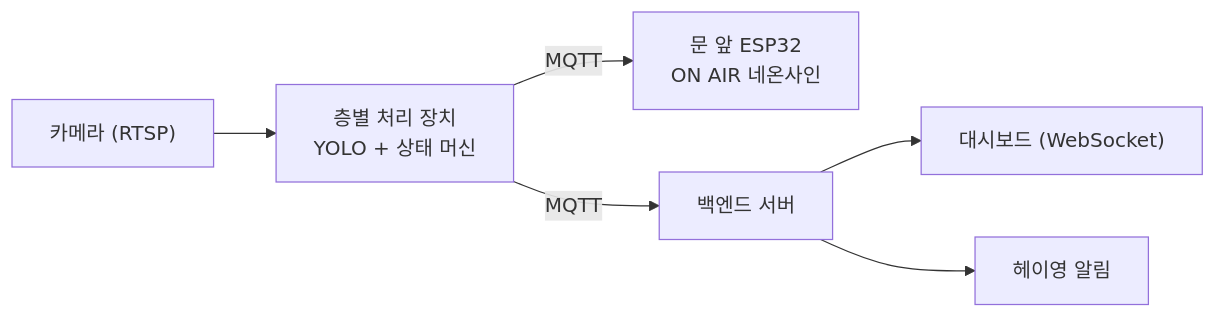
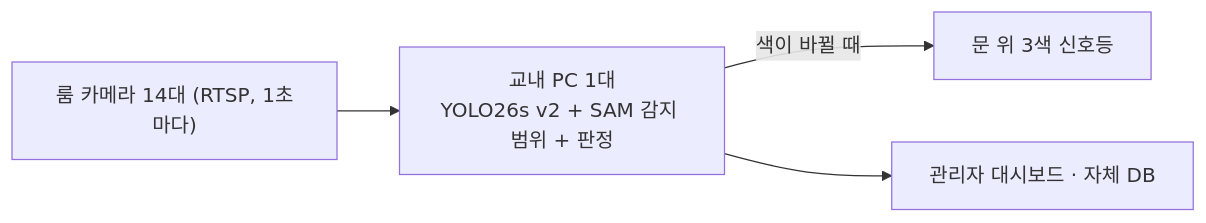
Before and after one commit to gosu1/ERICA_X_MODULABS_CV: the diagram in 10_Project/01_기획/PRFAQ.md, drawn with Mermaid. The commit also changed other lines of this file, not shown here.

````diff
--- a/10_Project/01_기획/PRFAQ.md
+++ b/10_Project/01_기획/PRFAQ.md
@@ -136,8 +167,6 @@
 ```mermaid
 flowchart LR
-    CAM["카메라 (RTSP)"] --> EDGE["층별 처리 장치<br/>YOLO + 상태 머신"]
-    EDGE -- MQTT --> ESP["문 앞 ESP32<br/>ON AIR 네온사인"]
-    EDGE -- MQTT --> BE["백엔드 서버"]
-    BE --> DASH["대시보드 (WebSocket)"]
-    BE --> PUSH["헤이영 알림"]
+    CAM["룸 카메라 14대 (RTSP, 1초마다)"] --> PC["교내 PC 1대<br/>YOLO26s v2 + SAM 감지 범위 + 판정"]
+    PC -- "색이 바뀔 때" --> SIG["문 위 3색 신호등"]
+    PC --> DASH["관리자 대시보드 · 자체 DB"]
 ```
````
